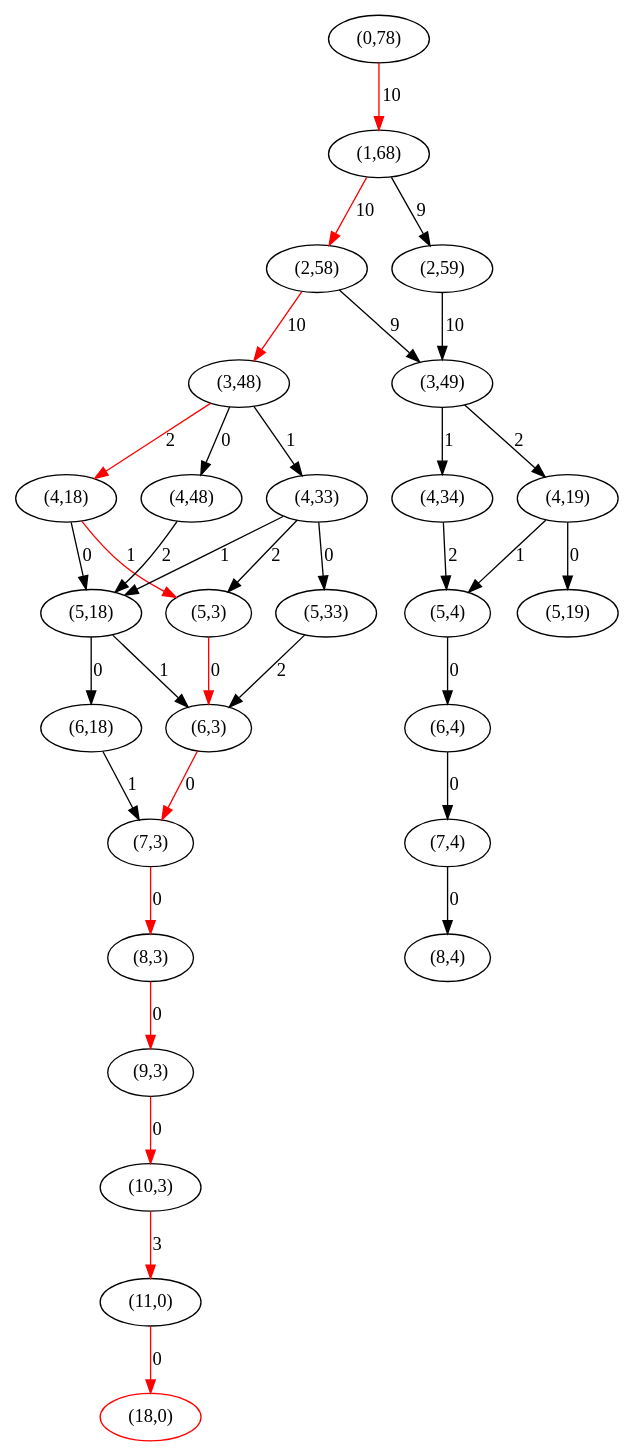
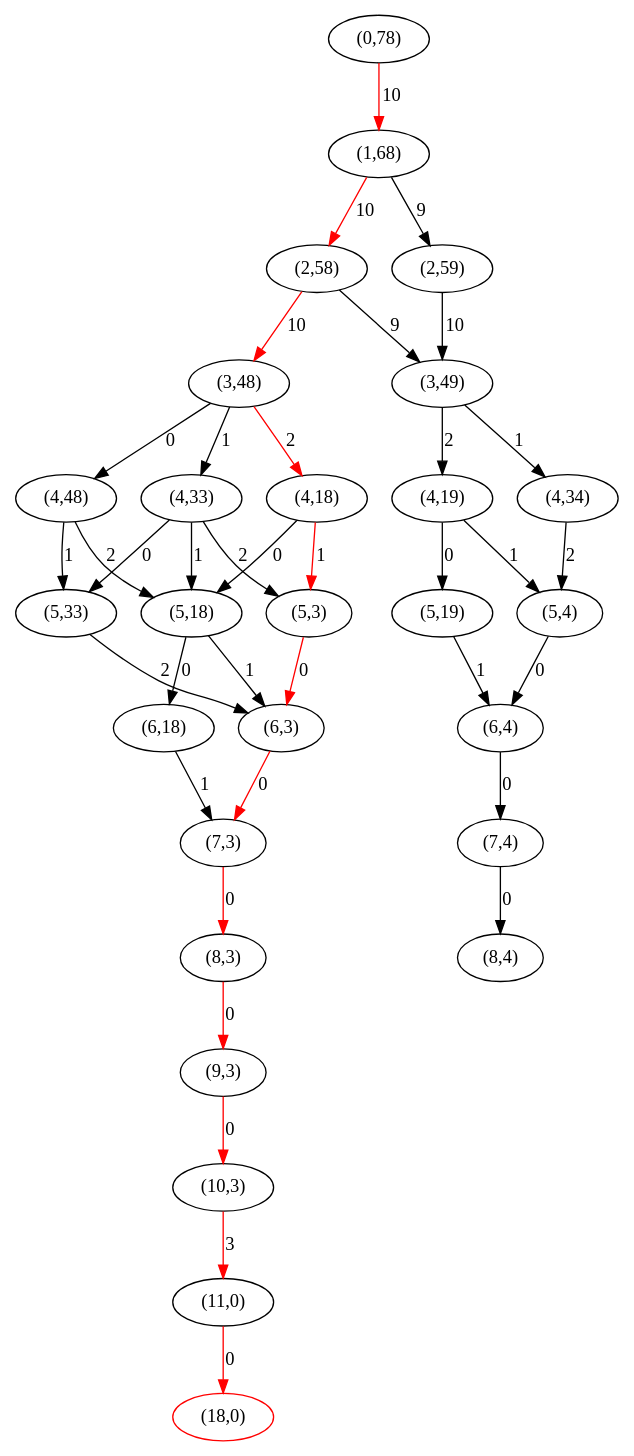
Before and after one commit to migueltoro/ada_v2_18: the diagram in java/EjemplosAlgoritmos/ficheros/MochilaPDRGraph.gv, drawn with Graphviz. The commit also changed 11 other files, not shown here.

```diff
--- a/java/EjemplosAlgoritmos/ficheros/MochilaPDRGraph.gv
+++ b/java/EjemplosAlgoritmos/ficheros/MochilaPDRGraph.gv
@@ -1,63 +1,65 @@
 strict digraph G {
   1 [ label="(0,78)" ];
   2 [ label="(1,68)" ];
   3 [ label="(2,58)" ];
   4 [ label="(3,48)" ];
   5 [ label="(4,18)" ];
   6 [ label="(5,3)" ];
   7 [ label="(6,3)" ];
   8 [ label="(7,3)" ];
   9 [ label="(8,3)" ];
   10 [ label="(9,3)" ];
   11 [ label="(10,3)" ];
   12 [ label="(11,0)" ];
   13 [ color="red" label="(18,0)" ];
   14 [ label="(5,18)" ];
   15 [ label="(6,18)" ];
   16 [ label="(4,33)" ];
   17 [ label="(5,33)" ];
   18 [ label="(4,48)" ];
   19 [ label="(3,49)" ];
   20 [ label="(4,19)" ];
   21 [ label="(5,4)" ];
   22 [ label="(6,4)" ];
   23 [ label="(7,4)" ];
   24 [ label="(8,4)" ];
   25 [ label="(5,19)" ];
   26 [ label="(4,34)" ];
   27 [ label="(2,59)" ];
   12 -> 13 [ color="red" label="0" ];
   11 -> 12 [ color="red" label="3" ];
   10 -> 11 [ color="red" label="0" ];
   9 -> 10 [ color="red" label="0" ];
   8 -> 9 [ color="red" label="0" ];
   7 -> 8 [ color="red" label="0" ];
   6 -> 7 [ color="red" label="0" ];
   5 -> 6 [ color="red" label="1" ];
   14 -> 7 [ label="1" ];
   15 -> 8 [ label="1" ];
   14 -> 15 [ label="0" ];
   5 -> 14 [ label="0" ];
   4 -> 5 [ color="red" label="2" ];
   16 -> 6 [ label="2" ];
   16 -> 14 [ label="1" ];
   17 -> 7 [ label="2" ];
   16 -> 17 [ label="0" ];
   4 -> 16 [ label="1" ];
   18 -> 14 [ label="2" ];
+  18 -> 17 [ label="1" ];
   4 -> 18 [ label="0" ];
   3 -> 4 [ color="red" label="10" ];
   23 -> 24 [ label="0" ];
   22 -> 23 [ label="0" ];
   21 -> 22 [ label="0" ];
   20 -> 21 [ label="1" ];
+  25 -> 22 [ label="1" ];
   20 -> 25 [ label="0" ];
   19 -> 20 [ label="2" ];
   26 -> 21 [ label="2" ];
   19 -> 26 [ label="1" ];
   3 -> 19 [ label="9" ];
   2 -> 3 [ color="red" label="10" ];
   27 -> 19 [ label="10" ];
   2 -> 27 [ label="9" ];
   1 -> 2 [ color="red" label="10" ];
 }
```
